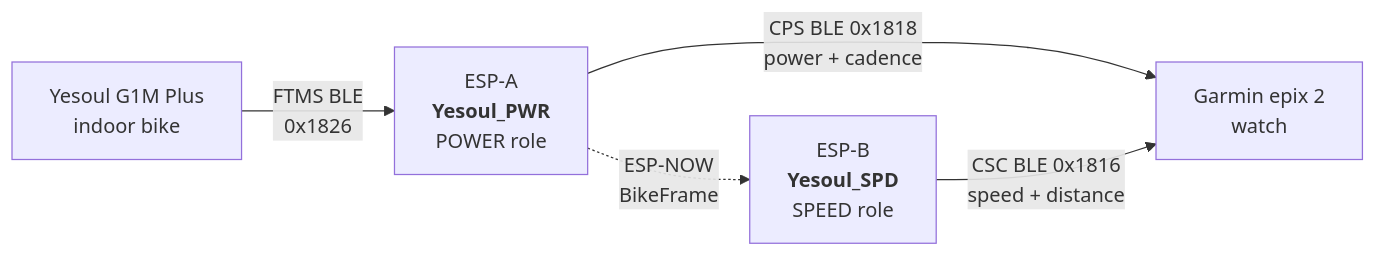
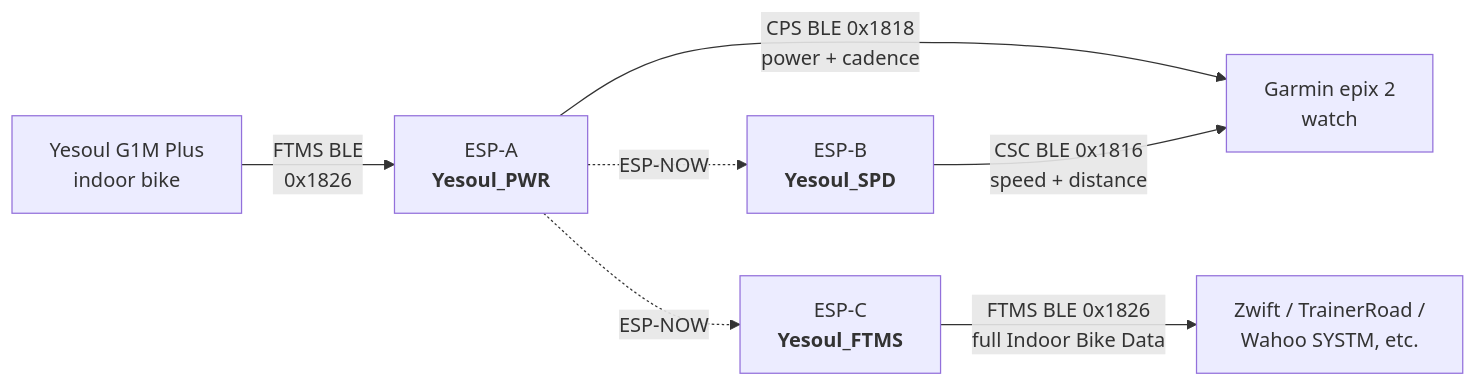
One commit to Topherr/Yesoul_BLE changed the diagram in README.md. Above: the diagram before and after it, drawn with Mermaid. The commit also changed other lines of this file and 4 other files, not shown here.

````diff
--- a/README.md
+++ b/README.md
@@ -9,12 +13,16 @@
 ```mermaid
 flowchart LR
     bike["Yesoul G1M Plus<br/>indoor bike"]
-    espA["ESP-A<br/><b>Yesoul_PWR</b><br/>POWER role"]
-    espB["ESP-B<br/><b>Yesoul_SPD</b><br/>SPEED role"]
+    espA["ESP-A<br/><b>Yesoul_PWR</b>"]
+    espB["ESP-B<br/><b>Yesoul_SPD</b>"]
+    espC["ESP-C<br/><b>Yesoul_FTMS</b>"]
     watch["Garmin epix 2<br/>watch"]
+    zwift["Zwift / TrainerRoad /<br/>Wahoo SYSTM, etc."]
 
     bike -->|"FTMS BLE<br/>0x1826"| espA
     espA -->|"CPS BLE 0x1818<br/>power + cadence"| watch
-    espA -.->|"ESP-NOW<br/>BikeFrame"| espB
+    espA -.->|"ESP-NOW"| espB
+    espA -.->|"ESP-NOW"| espC
     espB -->|"CSC BLE 0x1816<br/>speed + distance"| watch
+    espC -->|"FTMS BLE 0x1826<br/>full Indoor Bike Data"| zwift
 ```
````
